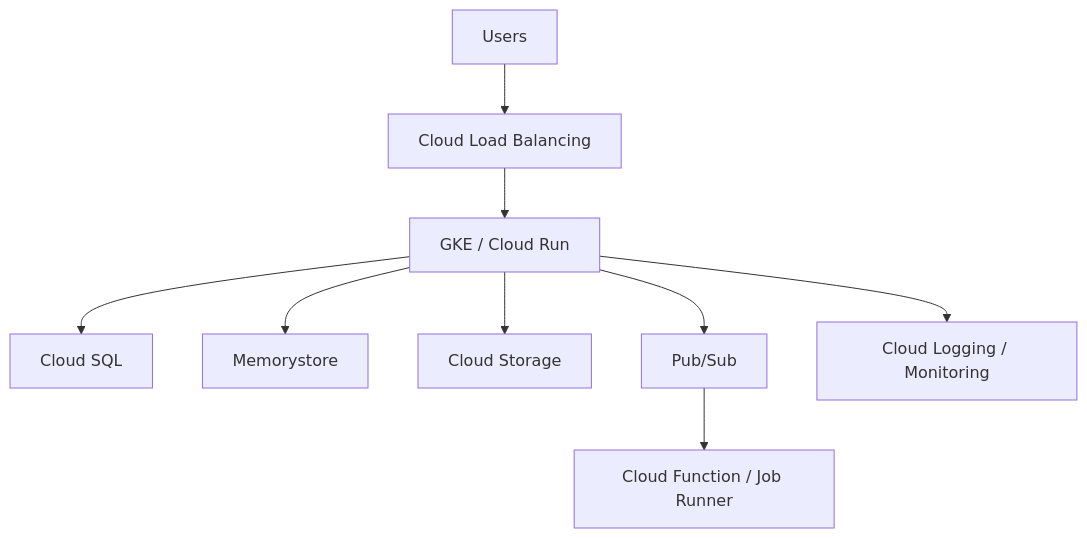
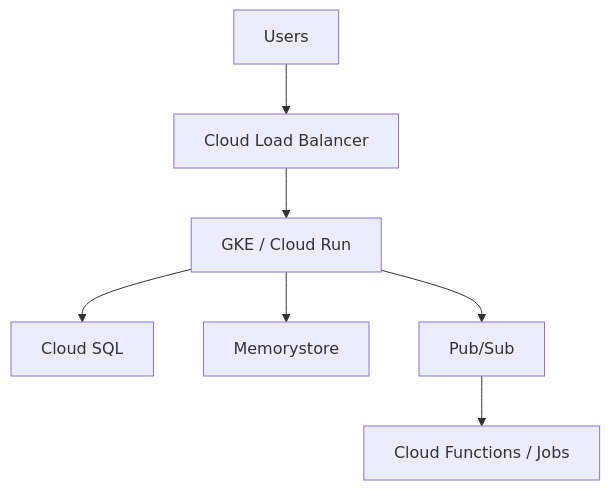
One commit to quesiblaq442-del/architecture-diagram changed diagram 19 of 25 in ARCHITECTURE.md. Above: the diagram before and after it, drawn with Mermaid. The commit also changed other lines of this file, not shown here.

````diff
--- a/ARCHITECTURE.md
+++ b/ARCHITECTURE.md
@@ -428,11 +514,9 @@
 ```mermaid
 graph TB
-    User["Users"] --> LB["Cloud Load Balancing"]
-    LB --> GKE["GKE / Cloud Run"]
-    GKE --> CloudSQL["Cloud SQL"]
-    GKE --> Memorystore["Memorystore"]
-    GKE --> Bucket["Cloud Storage"]
-    GKE --> PubSub["Pub/Sub"]
-    PubSub --> Worker["Cloud Function / Job Runner"]
-    GKE --> Logging["Cloud Logging / Monitoring"]
+    Users["Users"] --> LB["Cloud Load Balancer"]
+    LB --> App["GKE / Cloud Run"]
+    App --> SQL["Cloud SQL"]
+    App --> Redis["Memorystore"]
+    App --> PubSub["Pub/Sub"]
+    PubSub --> Worker["Cloud Functions / Jobs"]
 ```
````
